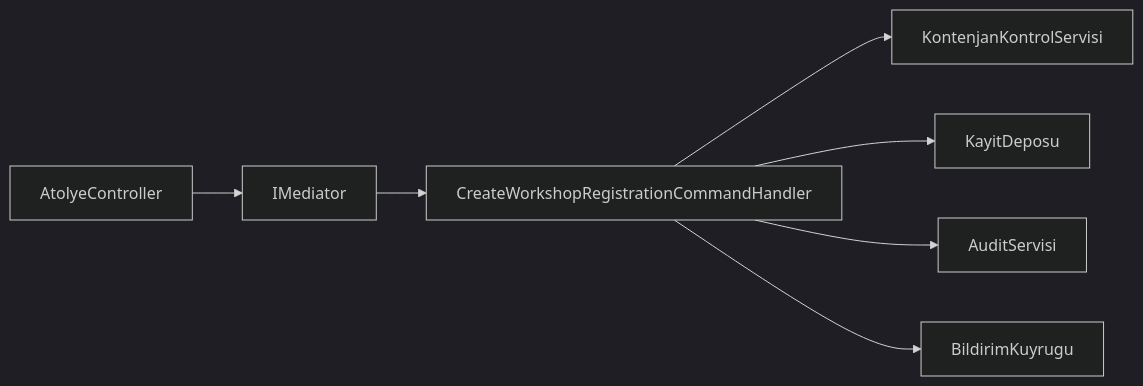
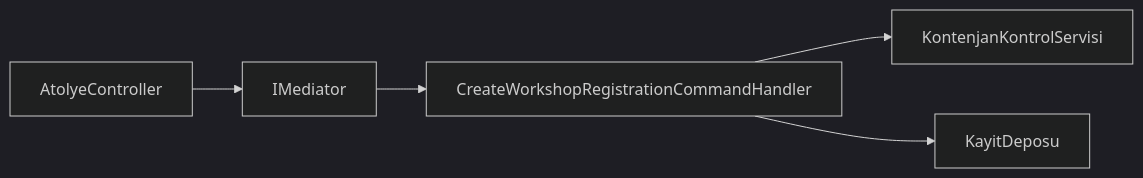
One commit to tarikgokhan/pattern-craft changed the diagram in docs/application/behavioral/mediator.md. Above: the diagram before and after it, drawn with Mermaid (dark theme). The commit also changed other lines of this file, not shown here.

Commit message:
docs: align mediator diagram with code example
Agent-Logs-Url: https://github.com/tarikgokhan/pattern-craft/sessions/24298ba9-1c45-4ec3-b70a-f29c905f858a

````diff
--- a/docs/application/behavioral/mediator.md
+++ b/docs/application/behavioral/mediator.md
@@ -41,9 +41,7 @@
 ```mermaid
 flowchart LR
     A[AtolyeController] --> B[IMediator]
     B --> C[CreateWorkshopRegistrationCommandHandler]
     C --> D[KontenjanKontrolServisi]
     C --> E[KayitDeposu]
-    C --> F[AuditServisi]
-    C --> G[BildirimKuyrugu]
 ```
````
